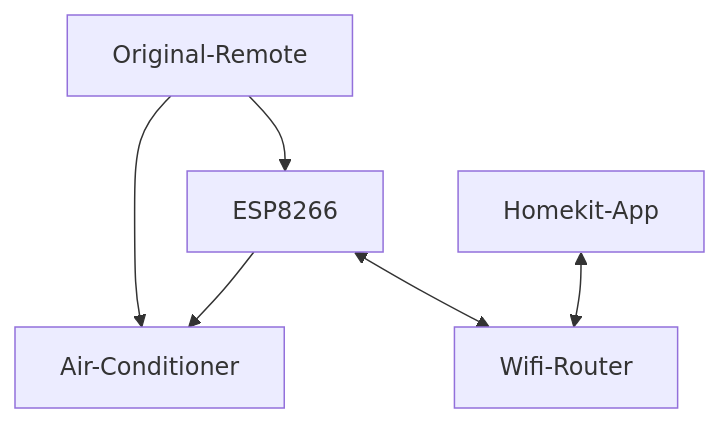
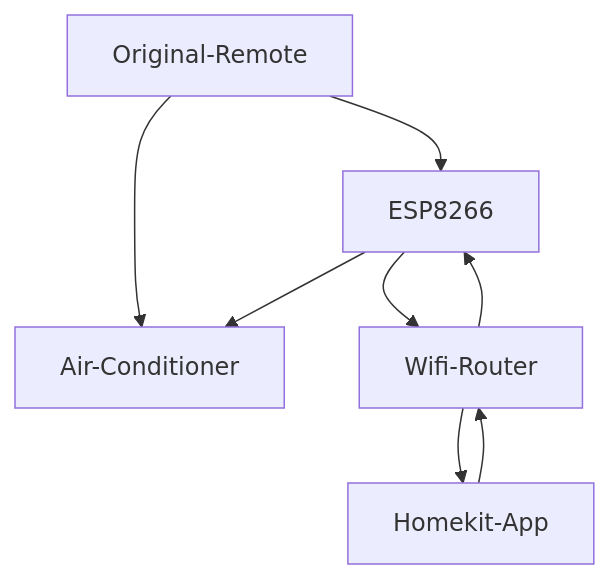
One commit to LouisLee985/Homekit_ESP_AC_IRemote changed the diagram in README.md. Above: the diagram before and after it, drawn with Mermaid. The commit also changed other lines of this file, not shown here.

````diff
--- a/README.md
+++ b/README.md
@@ -9,8 +9,10 @@
 ```mermaid
 graph TD;    
     Original-Remote --> Air-Conditioner
     Original-Remote --> ESP8266
     ESP8266 --> Air-Conditioner
-    ESP8266 <--> Wifi-Router
-    Homekit-App <--> Wifi-Router
+    ESP8266 --> Wifi-Router
+    Wifi-Router --> ESP8266 
+    Homekit-App --> Wifi-Router
+    Wifi-Router --> Homekit-App    
 ```
````
